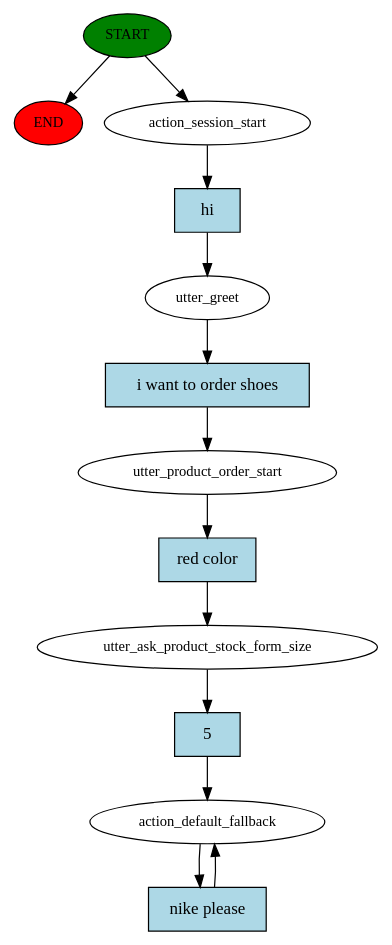
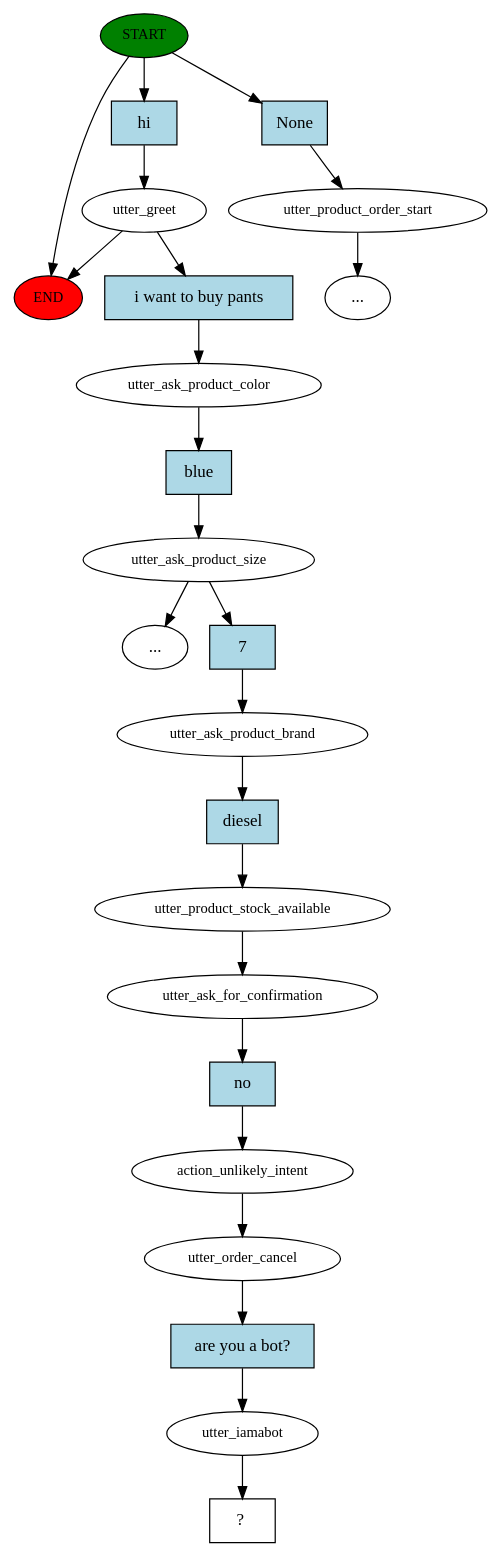
Before and after one commit to Model-Slayer/Chatbot: the diagram in story_graph.dot, drawn with Graphviz. The commit also changed 6 other files, not shown here.

```diff
--- a/story_graph.dot
+++ b/story_graph.dot
@@ -1,26 +1,48 @@
 digraph  {
 0 [class="start active", fillcolor=green, fontsize=12, label=START, style=filled];
 "-1" [class=end, fillcolor=red, fontsize=12, label=END, style=filled];
-1 [class=active, fontsize=12, label=action_session_start];
-2 [class=active, fontsize=12, label=utter_greet];
-3 [class=active, fontsize=12, label=utter_product_order_start];
-4 [class=active, fontsize=12, label=utter_ask_product_stock_form_size];
-5 [class="active dashed", fontsize=12, label=action_default_fallback];
-9 [class="intent active", fillcolor=lightblue, label=hi, shape=rect, style=filled];
-10 [class="intent active", fillcolor=lightblue, label="i want to order shoes", shape=rect, style=filled];
-11 [class="intent active", fillcolor=lightblue, label="red color", shape=rect, style=filled];
-12 [class="intent active", fillcolor=lightblue, label=5, shape=rect, style=filled];
-13 [class="intent active", fillcolor=lightblue, label="nike please", shape=rect, style=filled];
+1 [class=active, fontsize=12, label=utter_greet];
+2 [class="", fontsize=12, label=utter_product_order_start];
+4 [class=active, fontsize=12, label=utter_ask_product_color];
+5 [class=active, fontsize=12, label=utter_ask_product_size];
+"-5" [class=ellipsis, label="..."];
+"-7" [class=ellipsis, label="..."];
+16 [class=active, fontsize=12, label=utter_ask_product_brand];
+17 [class=active, fontsize=12, label=utter_product_stock_available];
+18 [class=active, fontsize=12, label=utter_ask_for_confirmation];
+19 [class=active, fontsize=12, label=action_unlikely_intent];
+20 [class=active, fontsize=12, label=utter_order_cancel];
+21 [class=active, fontsize=12, label=utter_iamabot];
+22 [class="intent dashed active", label="  ?  ", shape=rect];
+23 [class="intent active", fillcolor=lightblue, label=hi, shape=rect, style=filled];
+24 [class=intent, fillcolor=lightblue, label=None, shape=rect, style=filled];
+25 [class="intent active", fillcolor=lightblue, label="i want to buy pants", shape=rect, style=filled];
+26 [class="intent active", fillcolor=lightblue, label=blue, shape=rect, style=filled];
+27 [class="intent active", fillcolor=lightblue, label=7, shape=rect, style=filled];
+28 [class="intent active", fillcolor=lightblue, label=diesel, shape=rect, style=filled];
+29 [class="intent active", fillcolor=lightblue, label=no, shape=rect, style=filled];
+30 [class="intent active", fillcolor=lightblue, label="are you a bot?", shape=rect, style=filled];
 0 -> "-1"  [class="", key=NONE, label=""];
-0 -> 1  [class=active, key=NONE, label=""];
-1 -> 9  [class=active, key=0];
-2 -> 10  [class=active, key=0];
-3 -> 11  [class=active, key=0];
-4 -> 12  [class=active, key=0];
-5 -> 13  [class=active, key=0];
-9 -> 2  [class=active, key=0];
-10 -> 3  [class=active, key=0];
-11 -> 4  [class=active, key=0];
-12 -> 5  [class=active, key=0];
-13 -> 5  [class=active, key=0];
+0 -> 23  [class=active, key=0];
+0 -> 24  [class="", key=0];
+1 -> "-1"  [class="", key=NONE, label=""];
+1 -> 25  [class=active, key=0];
+2 -> "-5"  [class="", key=NONE, label=""];
+4 -> 26  [class=active, key=0];
+5 -> "-7"  [class="", key=NONE, label=""];
+5 -> 27  [class=active, key=0];
+16 -> 28  [class=active, key=0];
+17 -> 18  [class=active, key=NONE, label=""];
+18 -> 29  [class=active, key=0];
+19 -> 20  [class=active, key=NONE, label=""];
+20 -> 30  [class=active, key=0];
+21 -> 22  [class=active, key=NONE, label=""];
+23 -> 1  [class=active, key=0];
+24 -> 2  [class="", key=0];
+25 -> 4  [class=active, key=0];
+26 -> 5  [class=active, key=0];
+27 -> 16  [class=active, key=0];
+28 -> 17  [class=active, key=0];
+29 -> 19  [class=active, key=0];
+30 -> 21  [class=active, key=0];
 }
```
